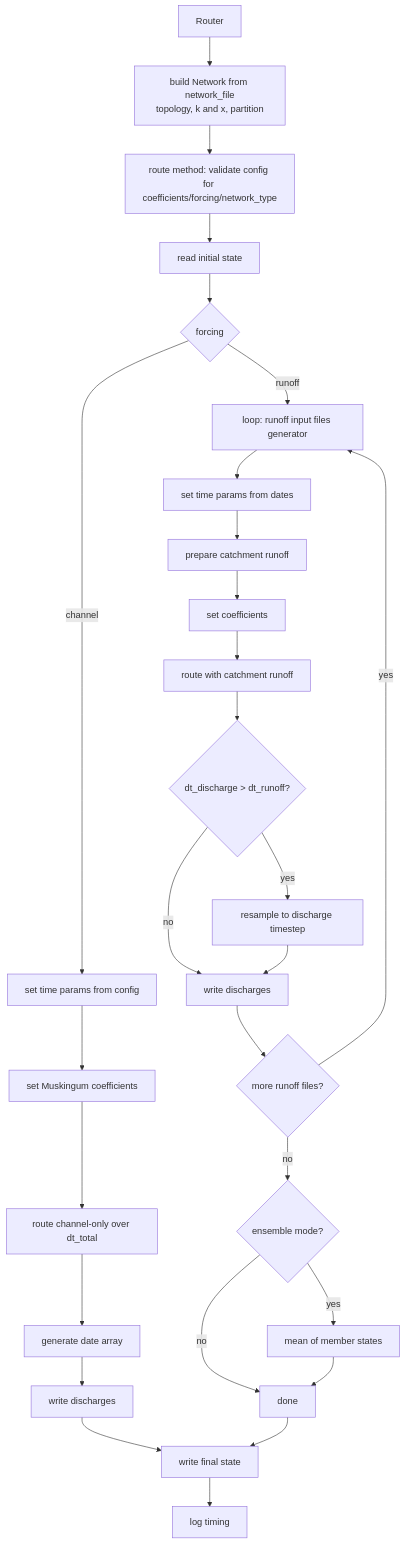
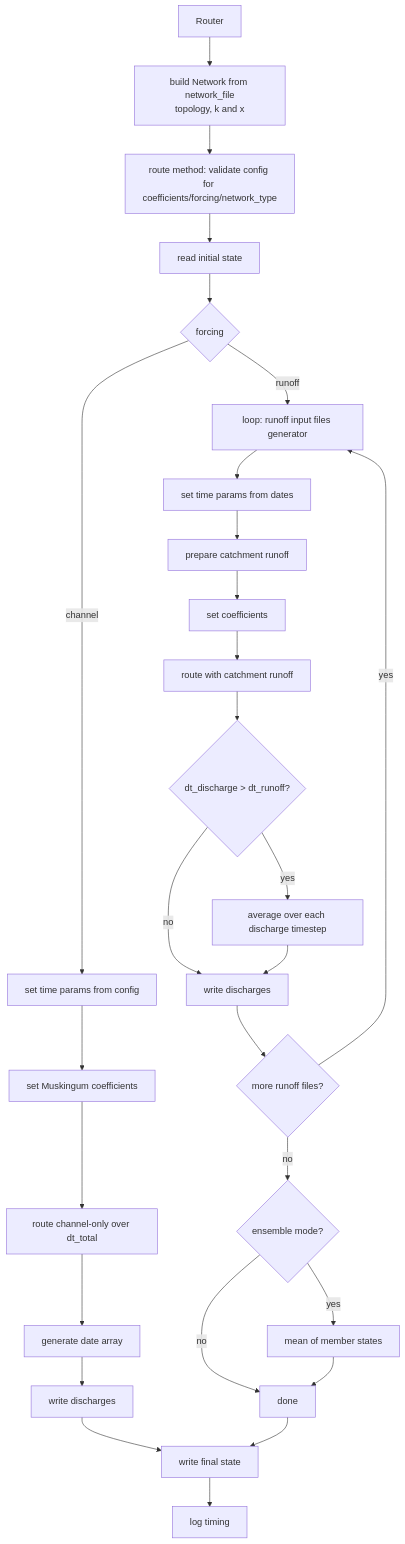
One commit to rileyhales/river-route changed the diagram in docs/tutorial/advanced.md. Above: the diagram before and after it, drawn with Mermaid. The commit also changed other lines of this file and 42 other files, not shown here.

````diff
--- a/docs/tutorial/advanced.md
+++ b/docs/tutorial/advanced.md
@@ -3,33 +3,33 @@
 ```mermaid
 graph TD
-    A[Router] --> C[build Network from network_file<br/>topology, k and x, partition]
+    A[Router] --> C[build Network from network_file<br/>topology, k and x]
     C --> B[route method: validate config for coefficients/forcing/network_type]
     B --> D[read initial state]
     D --> E{forcing}
 
     E -->|channel| F[set time params from config]
     F --> G[set Muskingum coefficients]
     G --> H[route channel-only over dt_total]
     H --> I[generate date array]
     I --> J[write discharges]
 
     E -->|runoff| K[loop: runoff input files generator]
     K --> L[set time params from dates]
     L --> M[prepare catchment runoff]
     M --> N[set coefficients]
     N --> O[route with catchment runoff]
     O --> P{dt_discharge > dt_runoff?}
-    P -->|yes| Q[resample to discharge timestep]
+    P -->|yes| Q[average over each discharge timestep]
     P -->|no| R[write discharges]
     Q --> R
     R --> S{more runoff files?}
     S -->|yes| K
     S -->|no| T{ensemble mode?}
     T -->|yes| U[mean of member states]
     T -->|no| V[done]
     U --> V
 
     J --> W[write final state]
     V --> W
     W --> X[log timing]
 ```
````
